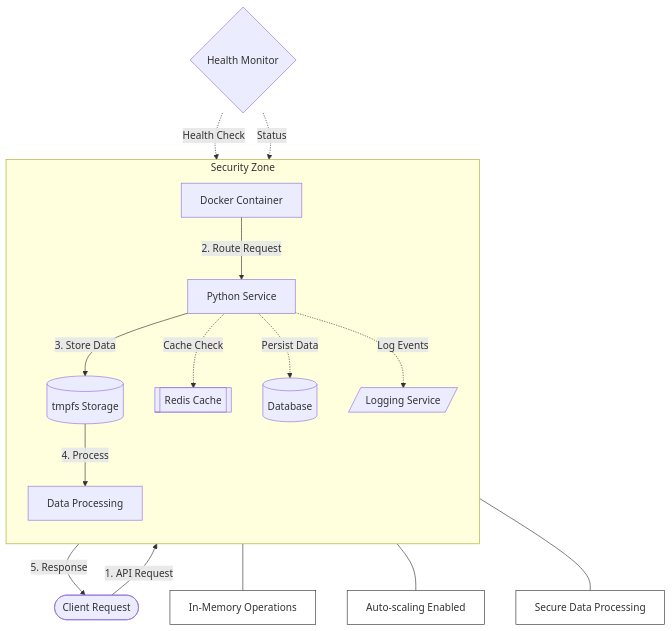
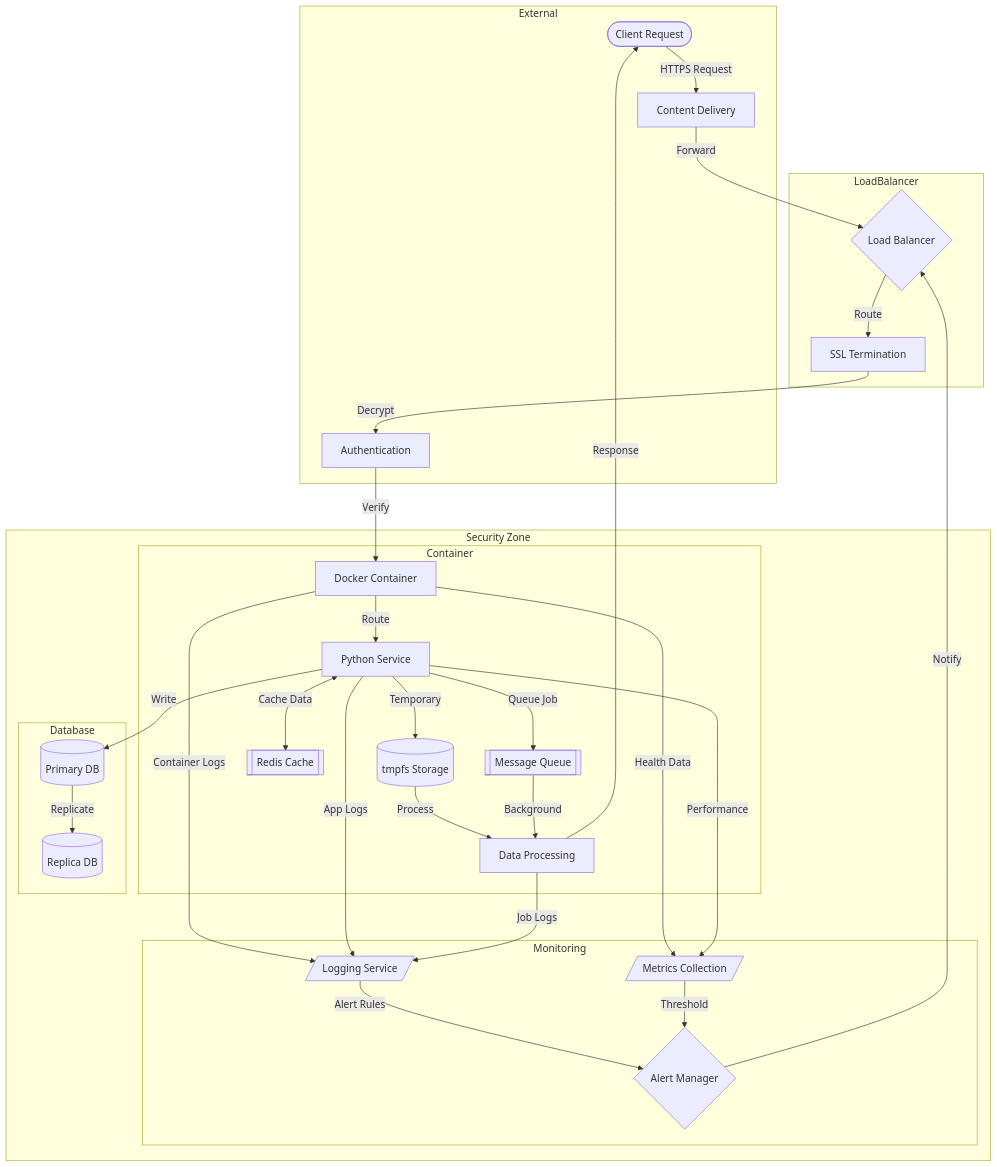
Before and after one commit to TheToriqul/docker-in-memory-storage: the diagram in README.md, drawn with Mermaid.

Commit message:
Chore: Updated Mermaid code

````diff
--- a/README.md
+++ b/README.md
@@ -16,47 +16,61 @@
 ```mermaid
 flowchart TD
-    Client([Client Request])
-    Docker[Docker Container]
-    Python[Python Service]
-    Storage[(tmpfs Storage)]
-    Process[Data Processing]
-    Cache[[Redis Cache]]
-    DB[(Database)]
-    Log[/Logging Service/]
-    Monitor{Health Monitor}
+    subgraph External
+        Client([Client Request])
+        Auth[Authentication]
+        CDN[Content Delivery]
+    end
 
-    Client -->|1. API Request| Docker
-    Docker -->|2. Route Request| Python
-    Python -->|3. Store Data| Storage
-    Storage -->|4. Process| Process
-    Process -->|5. Response| Client
-
-    Python -.->|Cache Check| Cache
-    Python -.->|Persist Data| DB
-    Python -.->|Log Events| Log
-    Monitor -.->|Health Check| Python
-    Monitor -.->|Status| Docker
+    subgraph LoadBalancer
+        LB{Load Balancer}
+        SSL[SSL Termination]
+    end
 
     subgraph Security Zone
-        direction TB
-        Docker
-        Python
-        Storage
-        Process
-        Cache
-        DB
-        Log
+        subgraph Container
+            Docker[Docker Container]
+            Python[Python Service]
+            Storage[(tmpfs Storage)]
+            Process[Data Processing]
+            Cache[[Redis Cache]]
+            Queue[[Message Queue]]
+        end
+
+        subgraph Database
+            Primary[(Primary DB)]
+            Replica[(Replica DB)]
+        end
+
+        subgraph Monitoring
+            Log[/Logging Service/]
+            Metrics[/Metrics Collection/]
+            Alert{Alert Manager}
+        end
     end
 
-    classDef note fill:#fff,stroke:#333,stroke-width:1px
+    Client -->|HTTPS Request| CDN
+    CDN -->|Forward| LB
+    LB -->|Route| SSL
+    SSL -->|Decrypt| Auth
+    Auth -->|Verify| Docker
+
+    Docker -->|Route| Python
+    Python -->|Temporary| Storage
+    Storage -->|Process| Process
+    Process -->|Response| Client
+
+    Python <-->|Cache Data| Cache
+    Python -->|Queue Job| Queue
+    Queue -->|Background| Process
+    Python -->|Write| Primary
+    Primary -->|Replicate| Replica
     
-    note1[Secure Data Processing]
-    note2[In-Memory Operations]
-    note3[Auto-scaling Enabled]
-    
-    class note1,note2,note3 note
-    
-    Storage --- note2
-    Docker --- note3
-    Process --- note1
+    Docker -->|Container Logs| Log
+    Python -->|App Logs| Log
+    Process -->|Job Logs| Log
+    Log -->|Alert Rules| Alert
+    Docker -->|Health Data| Metrics
+    Python -->|Performance| Metrics
+    Metrics -->|Threshold| Alert
+    Alert -->|Notify| LB
 ```
````
